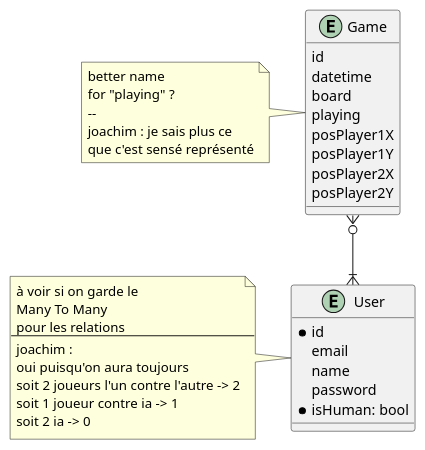
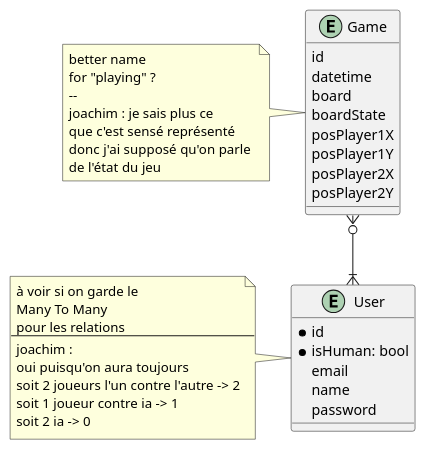
One commit to vsantele/IG3-projet-ia changed the diagram in schema/DB.puml. Above: the diagram before and after it, drawn with PlantUML.

Commit message:
modification to validate

```diff
--- a/schema/DB.puml
+++ b/schema/DB.puml
@@ -1,44 +1,47 @@
 @startuml database
 
 
 entity Game{
     id
     datetime
     board 
-    playing
+    boardState
     posPlayer1X
     posPlayer1Y
     posPlayer2X
     posPlayer2Y
 }
 note left
 better name 
 for "playing" ?
 -- 
 joachim : je sais plus ce 
 que c'est sensé représenté
+donc j'ai supposé qu'on parle 
+de l'état du jeu
 endnote
 
 entity User{
     *id 
+    *isHuman: bool
     email
     name 
     password
-    *isHuman: bool
+    
 }
 
 
 Game }o--|{ User
 note left
 à voir si on garde le
 Many To Many
 pour les relations
 --
 joachim :
 oui puisqu'on aura toujours 
 soit 2 joueurs l'un contre l'autre -> 2
 soit 1 joueur contre ia -> 1
 soit 2 ia -> 0
 end note
 
 @enduml
```
